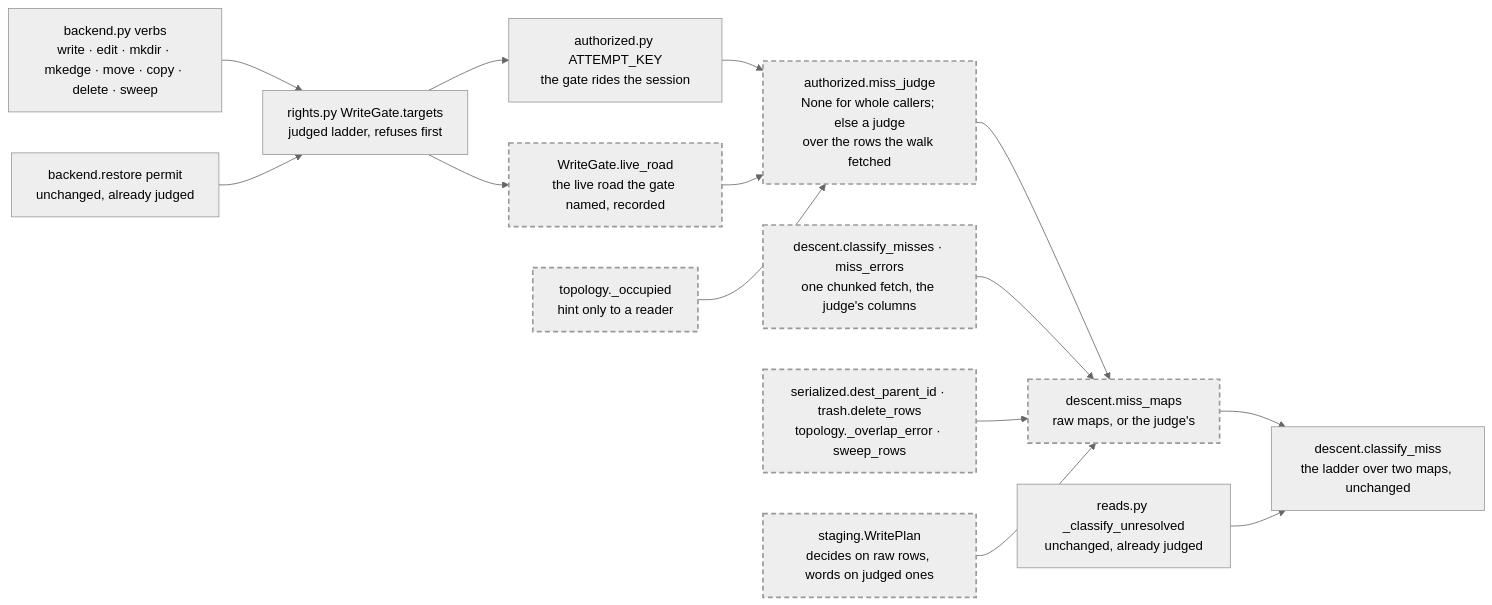
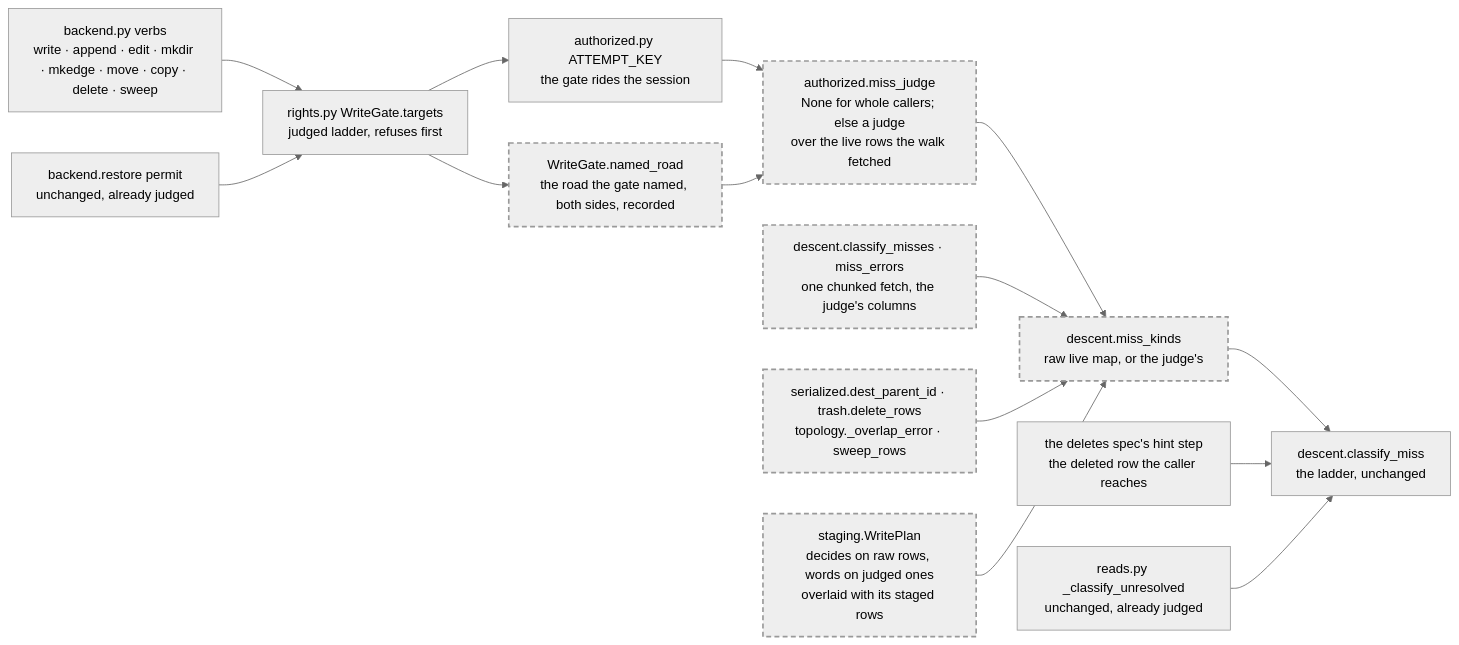
Before and after one commit to ClayGendron/vfs: the diagram in context/specifications/active/2026-11-14-a-miss-beneath-a-row-the-caller-cannot-read-answers-as-a-miss-beneath-nothing.md, drawn with Mermaid (neutral theme). The commit also changed other lines of this file and 29 other files, not shown here.

````diff
--- a/context/specifications/active/2026-11-14-a-miss-beneath-a-row-the-caller-cannot-read-answers-as-a-miss-beneath-nothing.md
+++ b/context/specifications/active/2026-11-14-a-miss-beneath-a-row-the-caller-cannot-read-answers-as-a-miss-beneath-nothing.md
@@ -52,29 +50,29 @@
 ```mermaid
 flowchart LR
   classDef planned stroke-dasharray: 6 4,stroke-width:2px;
-  VERB["backend.py verbs<br/>write · edit · mkdir · mkedge · move · copy · delete · sweep"]
+  VERB["backend.py verbs<br/>write · append · edit · mkdir · mkedge · move · copy · delete · sweep"]
   GATE["rights.py WriteGate.targets<br/>judged ladder, refuses first"]
-  ROAD["WriteGate.live_road<br/>the live road the gate named, recorded"]
+  ROAD["WriteGate.named_road<br/>the road the gate named, both sides, recorded"]
   ATT["authorized.py ATTEMPT_KEY<br/>the gate rides the session"]
-  JUDGE["authorized.miss_judge<br/>None for whole callers; else a judge<br/>over the rows the walk fetched"]
-  MAPS["descent.miss_maps<br/>raw maps, or the judge's"]
+  JUDGE["authorized.miss_judge<br/>None for whole callers; else a judge<br/>over the live rows the walk fetched"]
+  KINDS["descent.miss_kinds<br/>raw live map, or the judge's"]
   WALK["descent.classify_misses · miss_errors<br/>one chunked fetch, the judge's columns"]
-  PURE["descent.classify_miss<br/>the ladder over two maps, unchanged"]
+  HINT["the deletes spec's hint step<br/>the deleted row the caller reaches"]
+  PURE["descent.classify_miss<br/>the ladder, unchanged"]
   SITES["serialized.dest_parent_id · trash.delete_rows<br/>topology._overlap_error · sweep_rows"]
-  PLAN["staging.WritePlan<br/>decides on raw rows, words on judged ones"]
-  OCC["topology._occupied<br/>hint only to a reader"]
+  PLAN["staging.WritePlan<br/>decides on raw rows, words on judged ones<br/>overlaid with its staged rows"]
   READS["reads.py _classify_unresolved<br/>unchanged, already judged"]
   REST["backend.restore permit<br/>unchanged, already judged"]
   VERB --> GATE --> ATT
   GATE --> ROAD
   ATT --> JUDGE
   ROAD --> JUDGE
-  JUDGE --> MAPS
-  WALK --> MAPS --> PURE
-  SITES --> MAPS
-  PLAN --> MAPS
-  OCC --> JUDGE
+  JUDGE --> KINDS
+  WALK --> KINDS --> PURE
+  HINT --> PURE
+  SITES --> KINDS
+  PLAN --> KINDS
   READS --> PURE
   REST --> GATE
-  class ROAD,JUDGE,MAPS,WALK,SITES,PLAN,OCC planned
+  class ROAD,JUDGE,KINDS,WALK,SITES,PLAN planned
 ```
````
